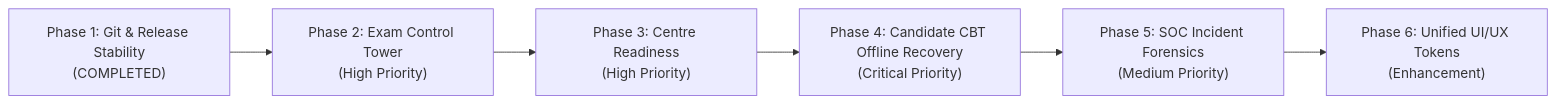
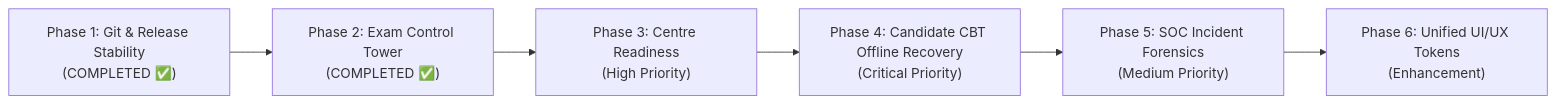
One commit to Aryank52/ParikshaTantra changed the diagram in docs/POST_AUDIT_PRODUCT_ROADMAP.md. Above: the diagram before and after it, drawn with Mermaid. The commit also changed other lines of this file and 9 other files, not shown here.

Commit message:
feat(control-tower): implement Phase 2 national exam control tower & operational intelligence

````diff
--- a/docs/POST_AUDIT_PRODUCT_ROADMAP.md
+++ b/docs/POST_AUDIT_PRODUCT_ROADMAP.md
@@ -24,15 +25,15 @@
 ```mermaid
 flowchart LR
-    P1["Phase 1: Git & Release Stability<br/>(COMPLETED)"]
-    P2["Phase 2: Exam Control Tower<br/>(High Priority)"]
+    P1["Phase 1: Git & Release Stability<br/>(COMPLETED ✅)"]
+    P2["Phase 2: Exam Control Tower<br/>(COMPLETED ✅)"]
     P3["Phase 3: Centre Readiness<br/>(High Priority)"]
     P4["Phase 4: Candidate CBT Offline Recovery<br/>(Critical Priority)"]
     P5["Phase 5: SOC Incident Forensics<br/>(Medium Priority)"]
     P6["Phase 6: Unified UI/UX Tokens<br/>(Enhancement)"]
 
     P1 --> P2
     P2 --> P3
     P3 --> P4
     P4 --> P5
     P5 --> P6
 ```
````
